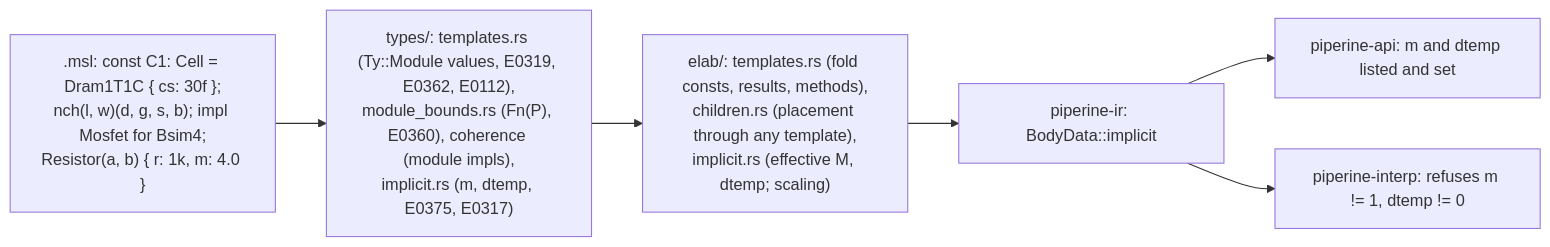
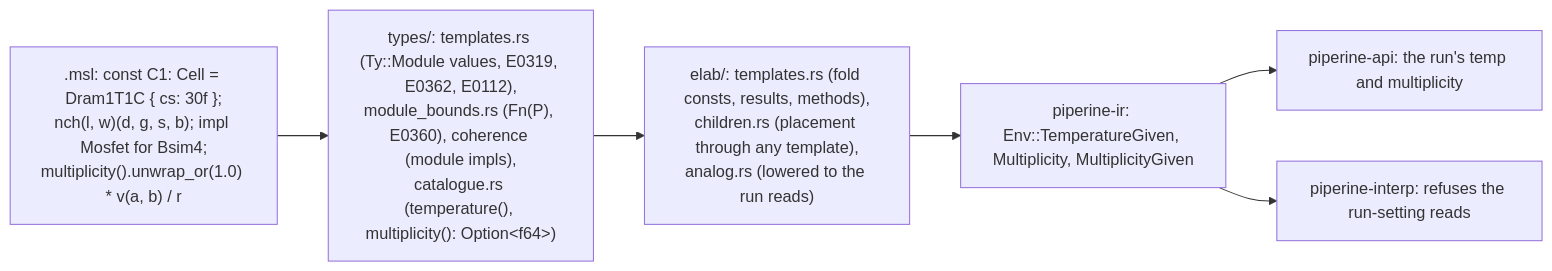
Before and after one commit to vkeslarek/piperine: the diagram in .specs/features/generics/design-d.md, drawn with Mermaid. The commit also changed other lines of this file and 8 other files, not shown here.

````diff
--- a/.specs/features/generics/design-d.md
+++ b/.specs/features/generics/design-d.md
@@ -33,8 +35,8 @@
 ```mermaid
 flowchart LR
-    src[".msl: const C1: Cell = Dram1T1C { cs: 30f };<br/>nch(l, w)(d, g, s, b); impl Mosfet for Bsim4;<br/>Resistor(a, b) { r: 1k, m: 4.0 }"] --> chk["types/: templates.rs (Ty::Module values, E0319, E0362, E0112),<br/>module_bounds.rs (Fn(P), E0360), coherence (module impls),<br/>implicit.rs (m, dtemp, E0375, E0317)"]
-    chk --> elab["elab/: templates.rs (fold consts, results, methods),<br/>children.rs (placement through any template),<br/>implicit.rs (effective M, dtemp; scaling)"]
-    elab --> ir["piperine-ir: BodyData::implicit"]
-    ir --> api["piperine-api: m and dtemp listed and set"]
-    ir --> interp["piperine-interp: refuses m != 1, dtemp != 0"]
+    src[".msl: const C1: Cell = Dram1T1C { cs: 30f };<br/>nch(l, w)(d, g, s, b); impl Mosfet for Bsim4;<br/>multiplicity().unwrap_or(1.0) * v(a, b) / r"] --> chk["types/: templates.rs (Ty::Module values, E0319, E0362, E0112),<br/>module_bounds.rs (Fn(P), E0360), coherence (module impls),<br/>catalogue.rs (temperature(), multiplicity(): Option&lt;f64&gt;)"]
+    chk --> elab["elab/: templates.rs (fold consts, results, methods),<br/>children.rs (placement through any template),<br/>analog.rs (lowered to the run reads)"]
+    elab --> ir["piperine-ir: Env::TemperatureGiven, Multiplicity, MultiplicityGiven"]
+    ir --> api["piperine-api: the run's temp and multiplicity"]
+    ir --> interp["piperine-interp: refuses the run-setting reads"]
 ```
````
